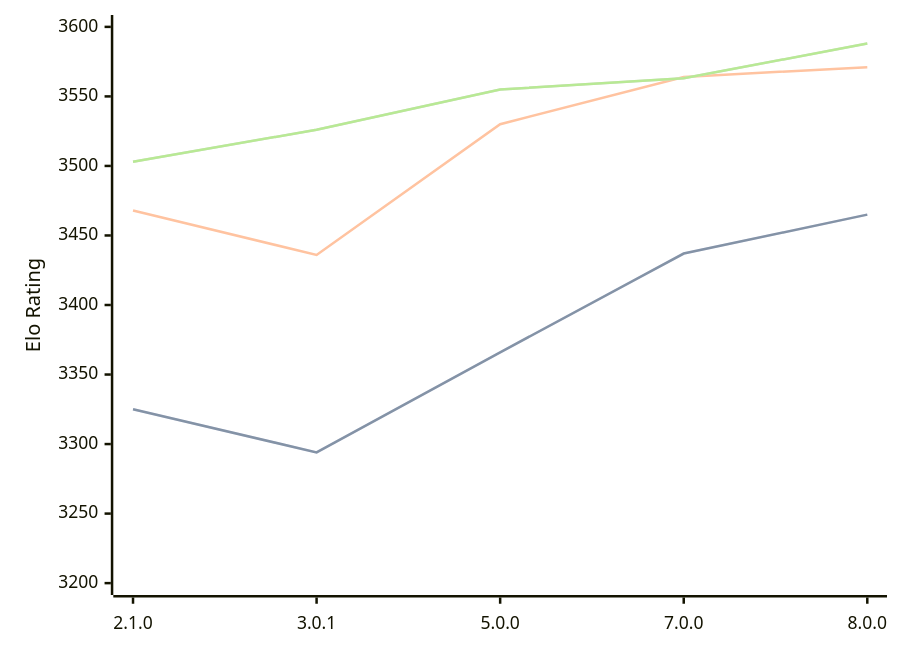
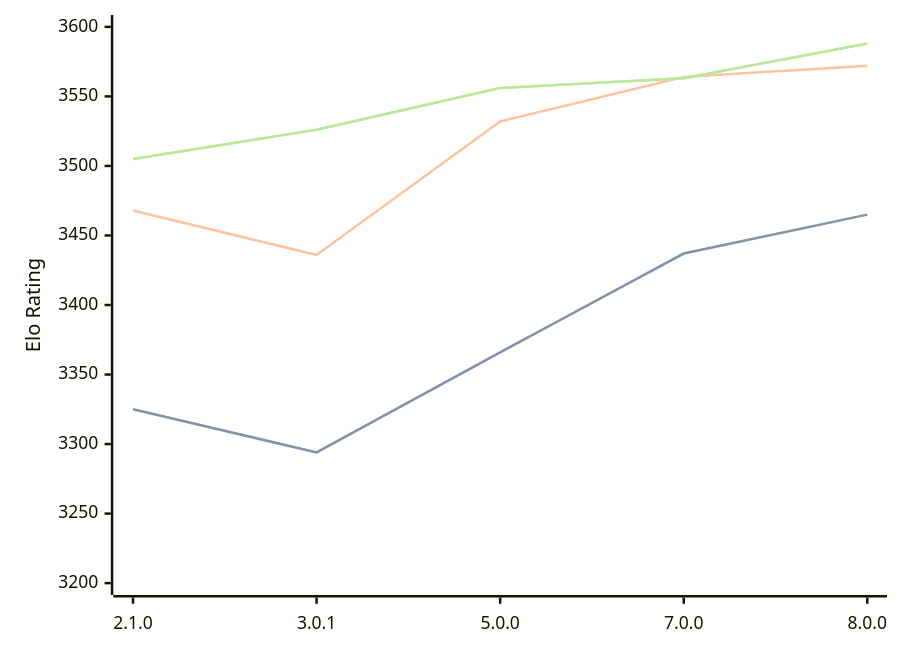
Before and after one commit to computer-chess-index/cci: the diagram in engines/PlentyChess.md, drawn with Mermaid. The commit also changed other lines of this file, not shown here.

Commit message:
Update CCI Ratings (ELO VLTC) - 2026-08-27

````diff
--- a/engines/PlentyChess.md
+++ b/engines/PlentyChess.md
@@ -37,11 +37,11 @@
 ```mermaid
 %%{init: {"theme":"base","themeVariables":{"seriesColors:['#a3a3a3','#222221','#faa371']}}}%%
 xychart-beta
   x-axis ["2.1.0", "3.0.1", "5.0.0", "7.0.0", "8.0.0"]
   y-axis "Elo Rating" 3200 --> 3600
   line "STC (8.0+0.08s)" [3325, 3294, 3366, 3437, 3465]
   line "STC (8.0+0.08s)" [3325, 3294, 3366, 3437, 3465]
-  line "LTC (60.0+0.60s)" [3468, 3436, 3530, 3564, 3571]
-  line "VLTC (2m24s+1.12s)" [3503, 3526, 3555, 3563, 3588]
-  line "VLTC (2m24s+1.12s)" [3503, 3526, 3555, 3563, 3588]
+  line "LTC (60.0+0.60s)" [3468, 3436, 3532, 3564, 3572]
+  line "VLTC (2m24s+1.12s)" [3505, 3526, 3556, 3563, 3588]
+  line "VLTC (2m24s+1.12s)" [3505, 3526, 3556, 3563, 3588]
 ```
````
